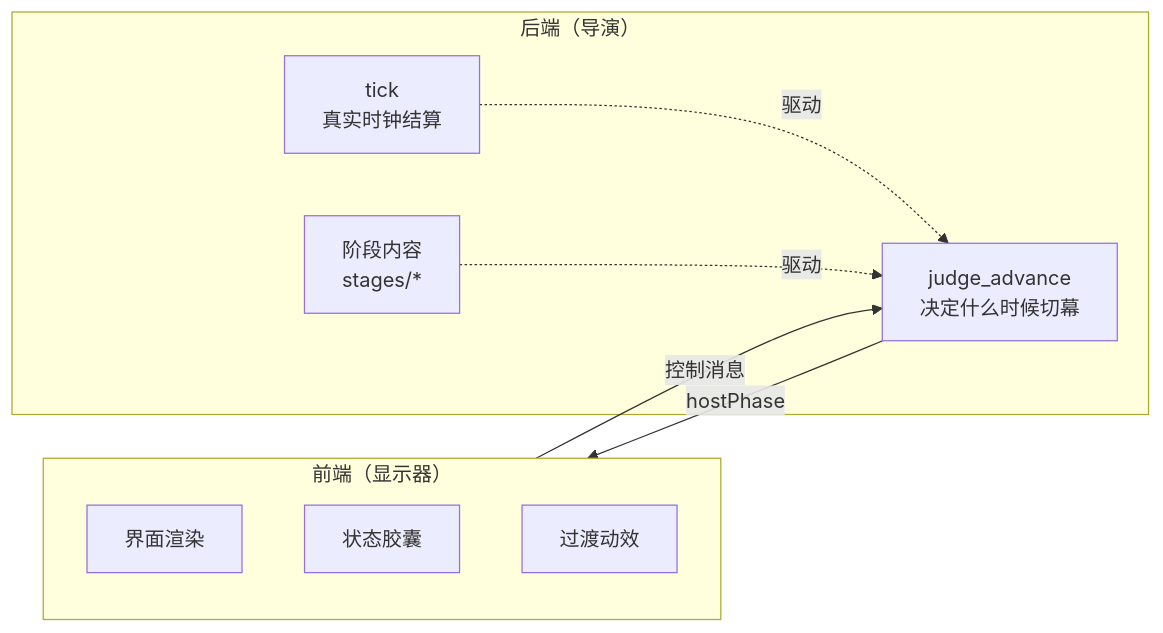
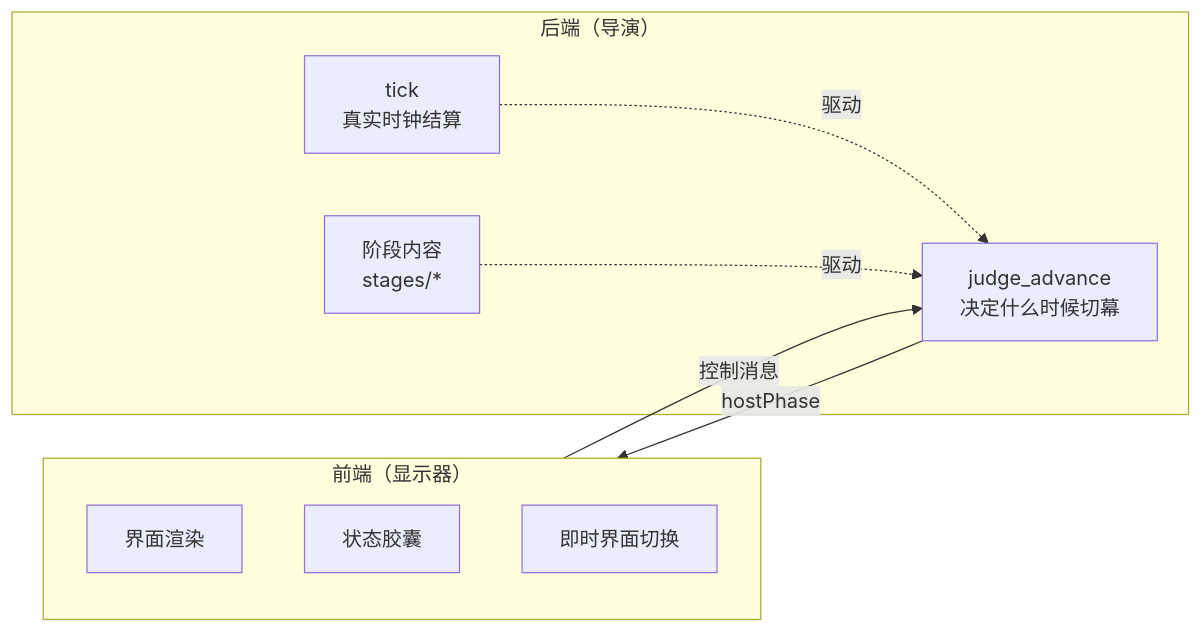
The fifth of 5 diagrams in docs/architecture/ARCHITECTURE.md (Awdyuer/SZU_Student_Agent), drawn with Mermaid before and after one commit. The commit also changed other lines of this file and 19 other files, not shown here.

Commit message:
添加流程图和快速启动文件

````diff
--- a/docs/architecture/ARCHITECTURE.md
+++ b/docs/architecture/ARCHITECTURE.md
@@ -228,20 +224,20 @@
 ```mermaid
 graph LR
     subgraph FE["前端（显示器）"]
         UI2["界面渲染"]
         ST["状态胶囊"]
-        VL["过渡动效"]
+        VL["即时界面切换"]
     end
 
     subgraph BE["后端（导演）"]
         JA["judge_advance<br/>决定什么时候切幕"]
         TK["tick<br/>真实时钟结算"]
         PS["阶段内容<br/>stages/*"]
     end
 
     JA -- "hostPhase" --> FE
     FE -- "控制消息" --> JA
 
     TK -.驱动.-> JA
     PS -.驱动.-> JA
 ```
````
